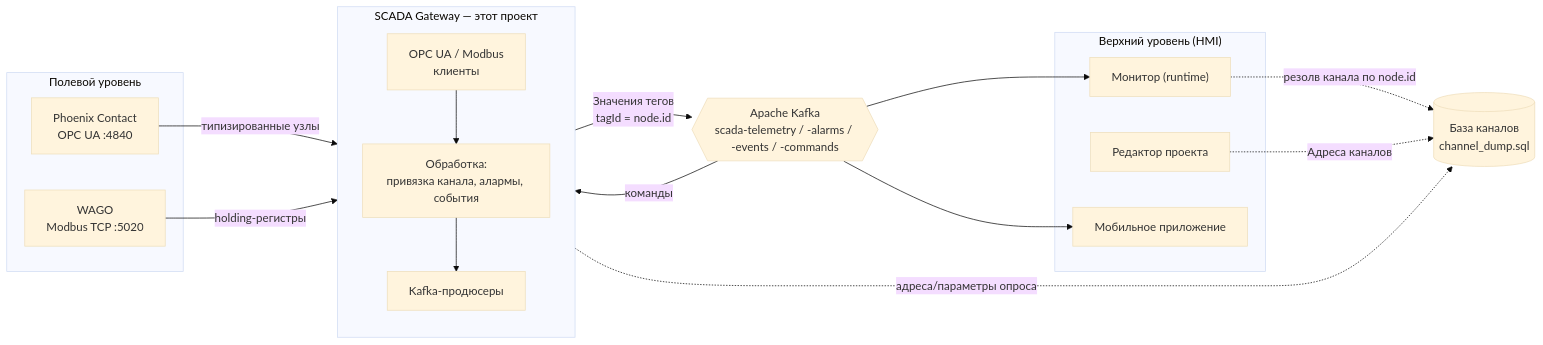
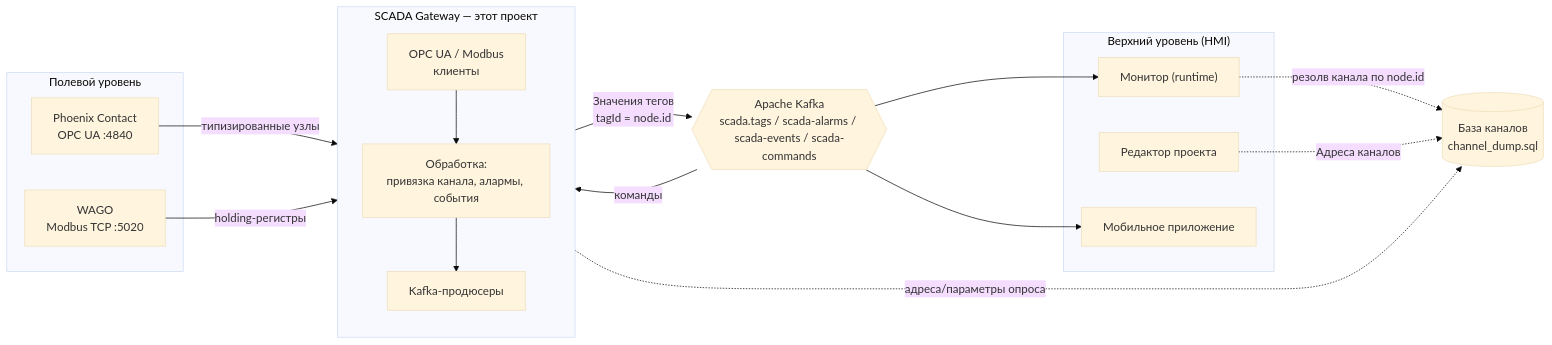
The first of 6 diagrams in docs/SPECIFICATION.md (EuZireael/scada-gateway), drawn with Mermaid (base theme) before and after one commit. The commit also changed other lines of this file and 6 other files, not shown here.

First line of the commit message:
Документация: sync с кодом (топик scada.tags, Spring 3.5.16, Flyway)

````diff
--- a/docs/SPECIFICATION.md
+++ b/docs/SPECIFICATION.md
@@ -56,34 +56,34 @@
 ```mermaid
 flowchart LR
   subgraph FIELD["Полевой уровень"]
     PLC1["Phoenix Contact<br/>OPC UA :4840"]
     PLC2["WAGO<br/>Modbus TCP :5020"]
   end
 
   subgraph GW["SCADA Gateway — этот проект"]
     direction TB
     G1["OPC UA / Modbus<br/>клиенты"]
     G2["Обработка:<br/>привязка канала, алармы, события"]
     G3["Kafka-продюсеры"]
     G1 --> G2 --> G3
   end
 
-  KAFKA{{"Apache Kafka<br/>scada-telemetry / -alarms / -events / -commands"}}
+  KAFKA{{"Apache Kafka<br/>scada.tags / scada-alarms / scada-events / scada-commands"}}
   CHDB[("База каналов<br/>channel_dump.sql")]
 
   subgraph TOP["Верхний уровень (HMI)"]
     MON["Монитор (runtime)"]
     EDIT["Редактор проекта"]
     MOB["Мобильное приложение"]
   end
 
   PLC1 -->|"типизированные узлы"| GW
   PLC2 -->|"holding-регистры"| GW
   GW -->|"Значения тегов<br/>tagId = node.id"| KAFKA
   KAFKA --> MON
   KAFKA --> MOB
   KAFKA -->|"команды"| GW
   GW -.->|"адреса/параметры опроса"| CHDB
   MON -.->|"резолв канала по node.id"| CHDB
   EDIT -.->|"Адреса каналов"| CHDB
 ```
````
